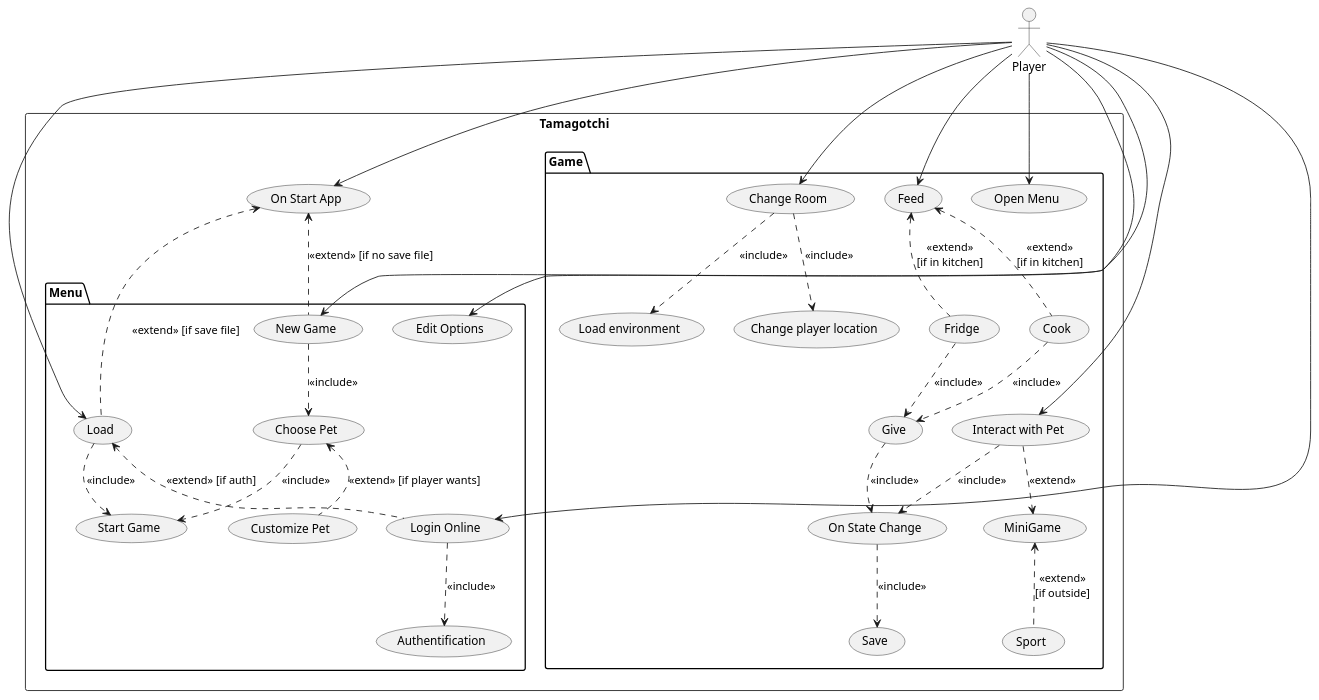
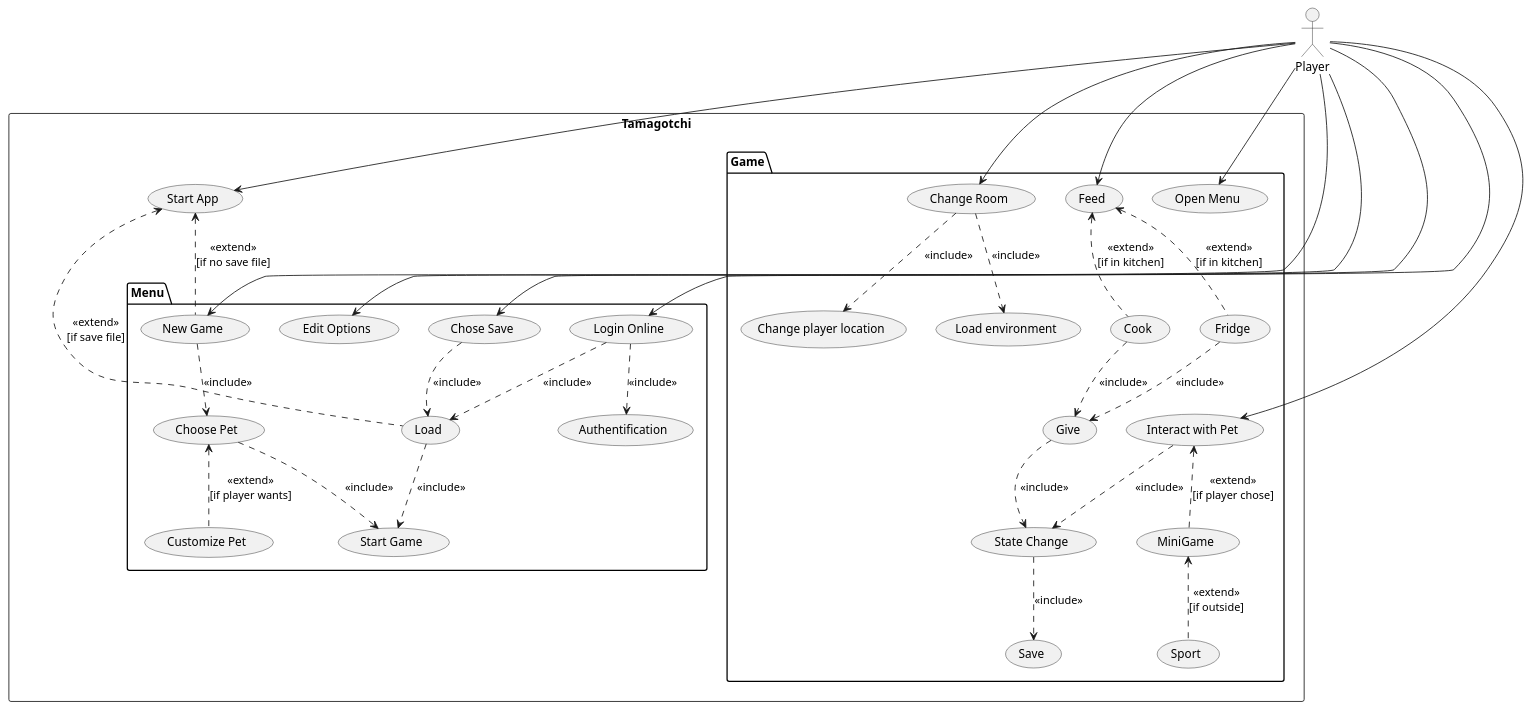
One commit to 83NJAM1/Tamagotchi changed the diagram in use-case.puml. Above: the diagram before and after it, drawn with PlantUML. The commit also changed 1 other file, not shown here.

```diff
--- a/use-case.puml
+++ b/use-case.puml
@@ -1,48 +1,49 @@
 @startuml
 
 :Player: as p
 
 rectangle Tamagotchi {
 
-    p --> (On Start App)
+    p -> (Start App)
     
     package Menu {
         
         p --> (Edit Options)
         p --> (New Game)
-        p --> (Load)
+        p --> (Chose Save)
         p --> (Login Online)
         
+        (Load) ..> (Start Game) : <<include>>
+        (New Game) ..> (Choose Pet) : <<include>>
         (Login Online) ..> (Authentification) : <<include>>
-        (New Game) ..> (Choose Pet) : <<include>>
-        (Load) ..> (Start Game) : <<include>>
-        (Load) <.. (Login Online) : <<extend>> [if auth]
-        (On Start App) <.. (Load) : <<extend>> [if save file]
-        (On Start App) <.. (New Game) : <<extend>> [if no save file]
-        (Choose Pet) <.. (Customize Pet) : <<extend>> [if player wants]
+        (Login Online) ..> (Load) : <<include>>
+        (Chose Save) ..> (Load) : <<include>>
+        (Start App) <.. (Load) : <<extend>>\n[if save file]
+        (Start App) <.. (New Game) : <<extend>>\n[if no save file]
+        (Choose Pet) <.. (Customize Pet) : <<extend>>\n[if player wants]
         (Choose Pet) ..> (Start Game) : <<include>>
         (Edit Options)
     }
 
     package Game {
     
         p --> (Change Room)
         p --> (Feed)
         p --> (Interact with Pet)
         p --> (Open Menu)
         
         (Change Room) ..> (Change player location) : <<include>>
         (Change Room) ..> (Load environment) : <<include>>
-        (On State Change) ..> (Save) : <<include>>
-        (Give) ..> (On State Change) : <<include>>
+        (State Change) ..> (Save) : <<include>>
+        (Give) ..> (State Change) : <<include>>
         (Cook) ..> (Give) : <<include>>
         (Fridge) ..> (Give) : <<include>>
         (Feed) <.. (Cook) : <<extend>>\n[if in kitchen]
         (Feed) <.. (Fridge) : <<extend>>\n[if in kitchen]
         (MiniGame) <.. (Sport) : <<extend>>\n[if outside]
-        (Interact with Pet) ..> (On State Change) : <<include>>
-        (Interact with Pet) ..> (MiniGame) : <<extend>>
+        (Interact with Pet) ..> (State Change) : <<include>>
+        (Interact with Pet) <.. (MiniGame) : <<extend>>\n[if player chose]
     }
 }
 
 @enduml
```
